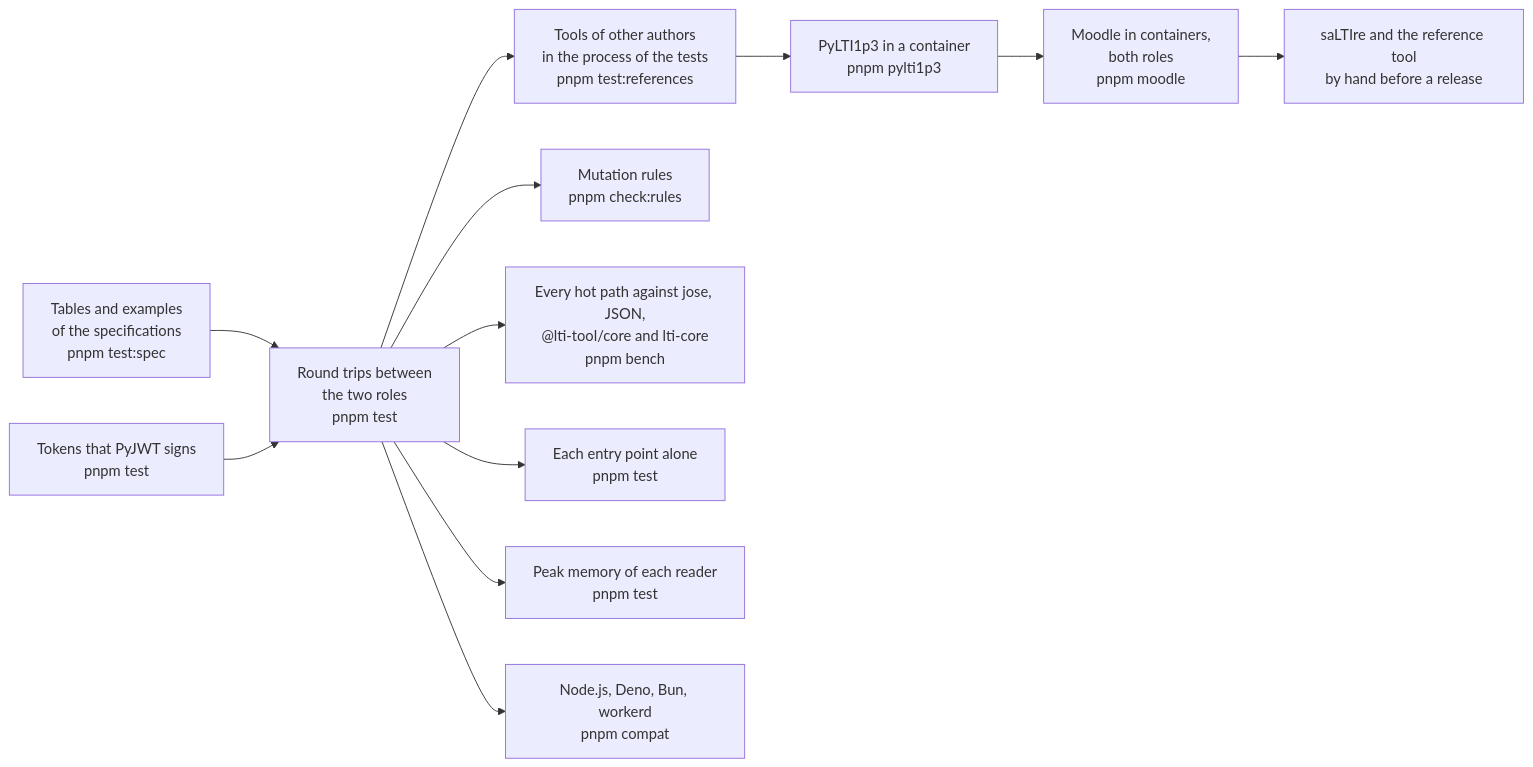
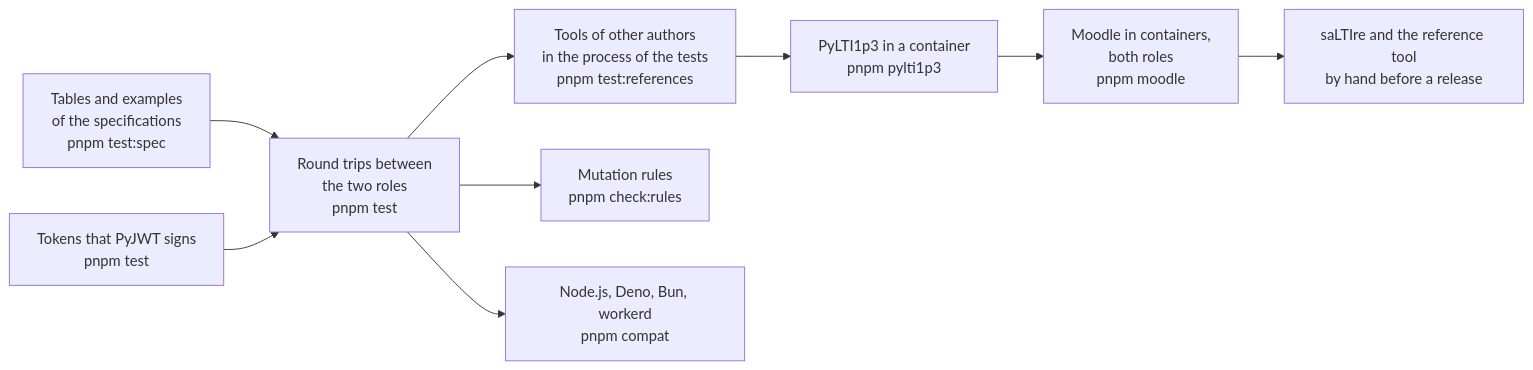
One commit to interopkit/interopkit changed the diagram in docs/tool-integration/evidence.md. Above: the diagram before and after it, drawn with Mermaid. The commit also changed other lines of this file and 43 other files, not shown here.

````diff
--- a/docs/tool-integration/evidence.md
+++ b/docs/tool-integration/evidence.md
@@ -8,14 +8,11 @@
 ```mermaid
 flowchart LR
   spec["Tables and examples<br/>of the specifications<br/>pnpm test:spec"] --> trip["Round trips between<br/>the two roles<br/>pnpm test"]
   tokens["Tokens that PyJWT signs<br/>pnpm test"] --> trip
   trip --> process["Tools of other authors<br/>in the process of the tests<br/>pnpm test:references"]
   process --> py["PyLTI1p3 in a container<br/>pnpm pylti1p3"]
   py --> moodle["Moodle in containers,<br/>both roles<br/>pnpm moodle"]
   moodle --> hand["saLTIre and the reference tool<br/>by hand before a release"]
   trip --> rules["Mutation rules<br/>pnpm check:rules"]
-  trip --> speed["Every hot path against jose, JSON,<br/>@lti-tool/core and lti-core<br/>pnpm bench"]
-  trip --> size["Each entry point alone<br/>pnpm test"]
-  trip --> memory["Peak memory of each reader<br/>pnpm test"]
   trip --> runtimes["Node.js, Deno, Bun, workerd<br/>pnpm compat"]
 ```
````
